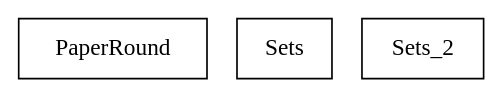
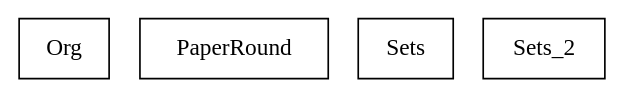
Before and after one commit to movindugunarathna/Y4_Formal_Methods: the diagram in week_2/bdp/week_2.dot, drawn with Graphviz. The commit also changed 67 other files, not shown here.

```diff
--- a/week_2/bdp/week_2.dot
+++ b/week_2/bdp/week_2.dot
@@ -1,6 +1,7 @@
 digraph {
+Org [ label=" Org " shape= box ]
 PaperRound [ label=" PaperRound " shape= box ]
 Sets [ label=" Sets " shape= box ]
 Sets_2 [ label=" Sets_2 " shape= box ]
 
 }
```
